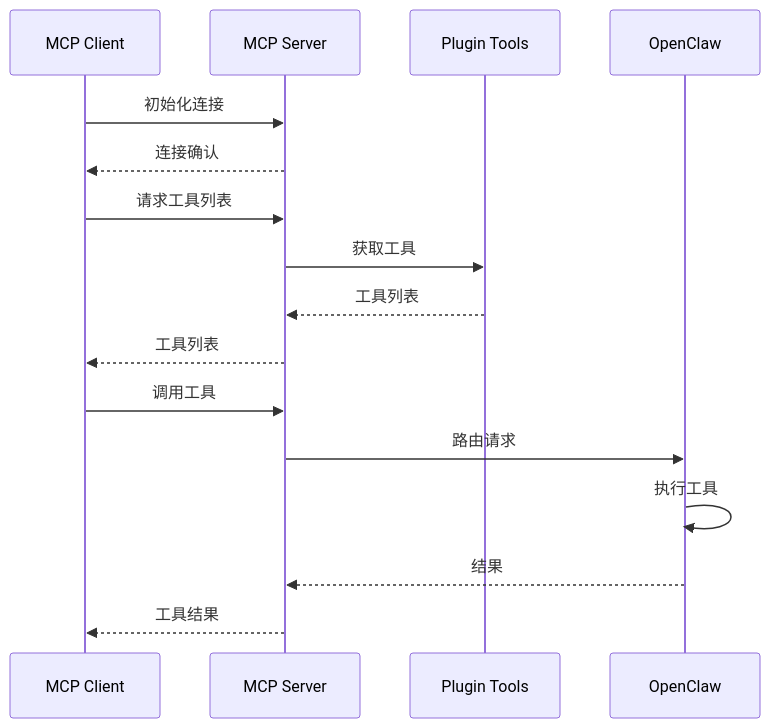
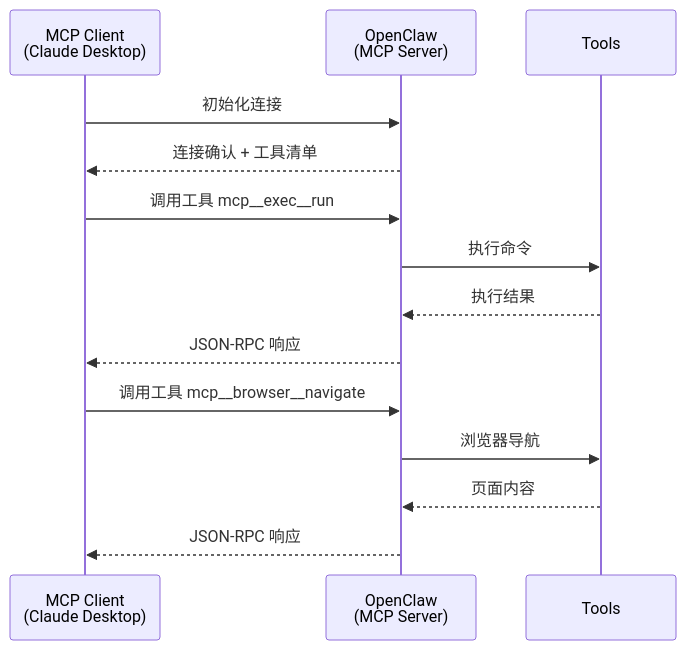
One commit to zenHeart/learn-ai changed the third of 5 diagrams in docs/zh/products/automation/openclaw/source-code/mcp.md. Above: the diagram before and after it, drawn with Mermaid. The commit also changed other lines of this file and 10 other files, not shown here.

````diff
--- a/docs/zh/products/automation/openclaw/source-code/mcp.md
+++ b/docs/zh/products/automation/openclaw/source-code/mcp.md
@@ -74,21 +70,19 @@
 ```mermaid
 sequenceDiagram
-    participant C as MCP Client
-    participant S as MCP Server
-    participant P as Plugin Tools
-    participant OC as OpenClaw
+    participant C as MCP Client<br/>(Claude Desktop)
+    participant S as OpenClaw<br/>(MCP Server)
+    participant T as Tools
     
     C->>S: 初始化连接
-    S-->>C: 连接确认
+    S-->>C: 连接确认 + 工具清单
     
-    C->>S: 请求工具列表
-    S->>P: 获取工具
-    P-->>S: 工具列表
-    S-->>C: 工具列表
+    C->>S: 调用工具 mcp__exec__run
+    S->>T: 执行命令
+    T-->>S: 执行结果
+    S-->>C: JSON-RPC 响应
     
-    C->>S: 调用工具
-    S->>OC: 路由请求
-    OC->>OC: 执行工具
-    OC-->>S: 结果
-    S-->>C: 工具结果
+    C->>S: 调用工具 mcp__browser__navigate
+    S->>T: 浏览器导航
+    T-->>S: 页面内容
+    S-->>C: JSON-RPC 响应
 ```
````
